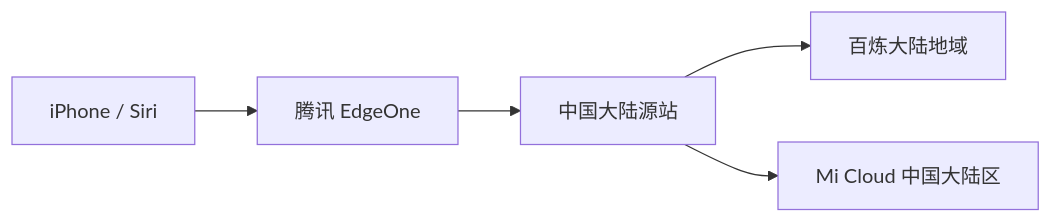
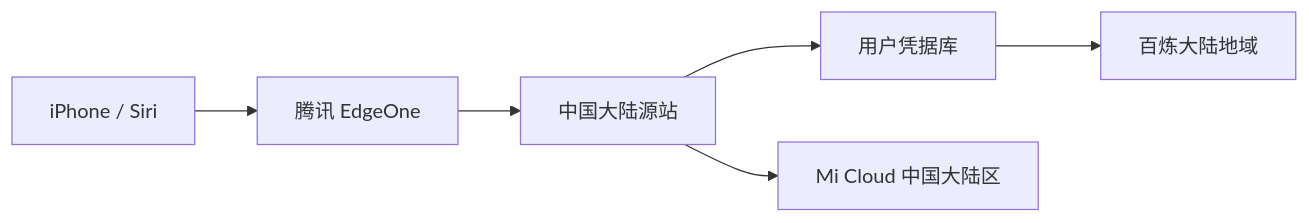
Before and after one commit to zhangys10/mijia-web-console: diagram 22 of 25 in docs/ai-home-poc-design.md, drawn with Mermaid. The commit also changed other lines of this file, not shown here.

````diff
--- a/docs/ai-home-poc-design.md
+++ b/docs/ai-home-poc-design.md
@@ -867,7 +1059,8 @@
 ```mermaid
 flowchart LR
     A["iPhone / Siri"] --> B["腾讯 EdgeOne"]
     B --> C["中国大陆源站"]
-    C --> D["百炼大陆地域"]
-    C --> E["Mi Cloud 中国大陆区"]
+    C --> D["用户凭据库"]
+    D --> E["百炼大陆地域"]
+    C --> F["Mi Cloud 中国大陆区"]
 ```
````
